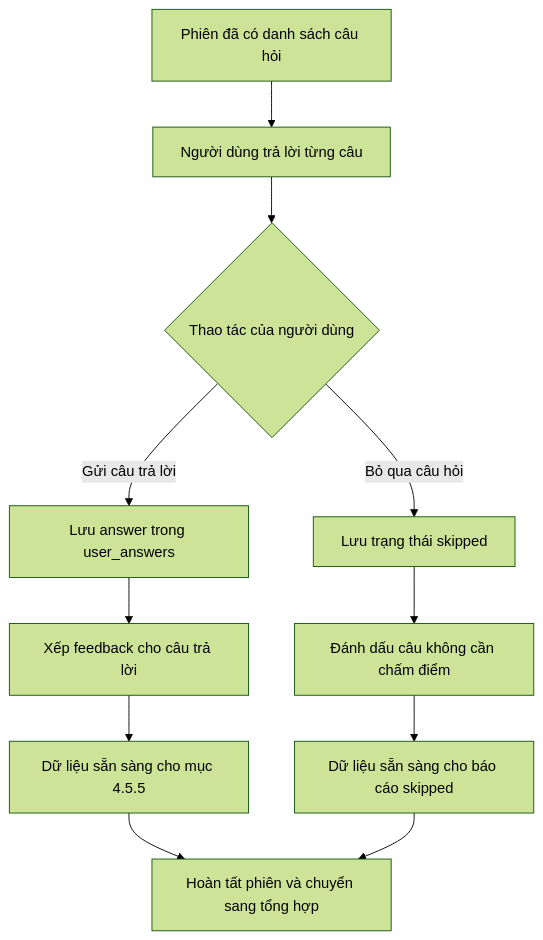
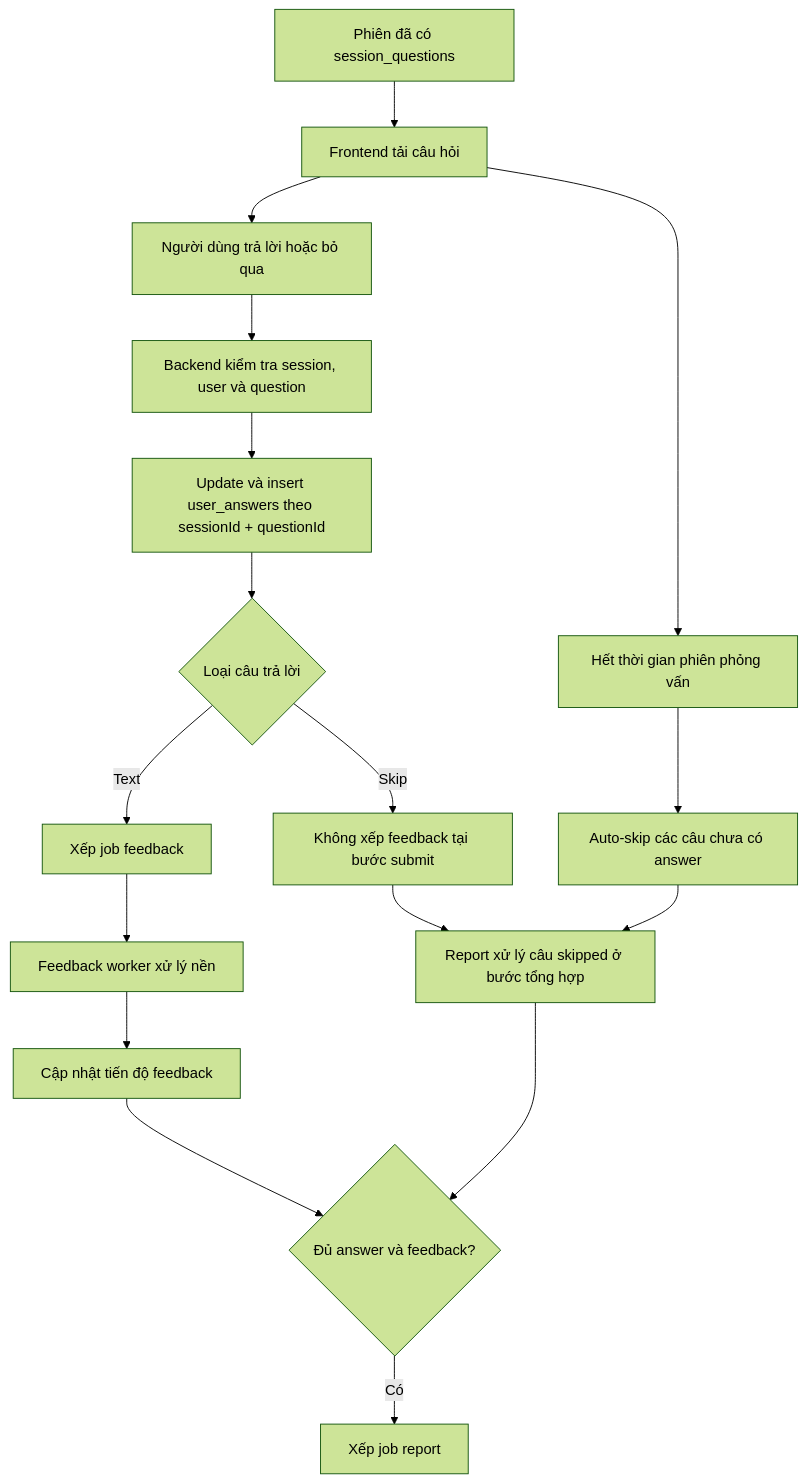
One commit to lethanhan01/interview-coach changed the seventh of 18 diagrams in docs/final_report/Chuong4.md. Above: the diagram before and after it, drawn with Mermaid (forest theme). The commit also changed other lines of this file and 2 other files, not shown here.

Commit message:
Sửa lại tài liệu tí

````diff
--- a/docs/final_report/Chuong4.md
+++ b/docs/final_report/Chuong4.md
@@ -488,13 +494,19 @@
 ```mermaid
 flowchart TD
-    A[Phiên đã có danh sách câu hỏi] --> B[Người dùng trả lời từng câu]
-    B --> C{Thao tác của người dùng}
-    C -->|Gửi câu trả lời| D[Lưu answer trong user_answers]
-    C -->|Bỏ qua câu hỏi| E[Lưu trạng thái skipped]
-    D --> F[Xếp feedback cho câu trả lời]
-    E --> G[Đánh dấu câu không cần chấm điểm]
-    F --> H[Dữ liệu sẵn sàng cho mục 4.5.5]
-    G --> I[Dữ liệu sẵn sàng cho báo cáo skipped]
-    H --> J[Hoàn tất phiên và chuyển sang tổng hợp]
-    I --> J
+    A[Phiên đã có session_questions] --> B[Frontend tải câu hỏi]
+    B --> C[Người dùng trả lời hoặc bỏ qua]
+    B --> T[Hết thời gian phiên phỏng vấn]
+    C --> D[Backend kiểm tra session, user và question]
+    D --> E[Update và insert user_answers theo sessionId + questionId]
+    T --> U[Auto-skip các câu chưa có answer]
+    U --> K
+    E --> F{Loại câu trả lời}
+    F -->|Text| G[Xếp job feedback]
+    F -->|Skip| I[Không xếp feedback tại bước submit]
+    G --> J[Feedback worker xử lý nền]
+    I --> K[Report xử lý câu skipped ở bước tổng hợp]
+    J --> L[Cập nhật tiến độ feedback]
+    L --> M{Đủ answer và feedback?}
+    K --> M
+    M -->|Có| N[Xếp job report]
 ```
````
